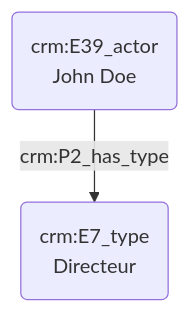
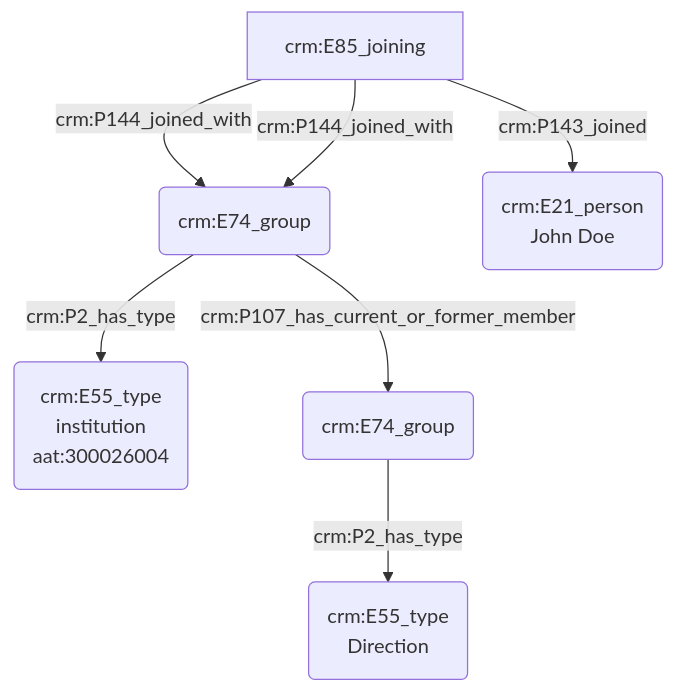
The diagram in modules/livrables/Dossier 2/Indexation conceptuelle/statut et fonction d'une personne réelle.md (Amleth/consortium-musica2-gt2-ontologies), drawn with Mermaid before and after one commit.

Commit message:
Update statut et fonction d'une personne réelle.md

````diff
--- a/modules/livrables/Dossier 2/Indexation conceptuelle/statut et fonction d'une personne réelle.md
+++ b/modules/livrables/Dossier 2/Indexation conceptuelle/statut et fonction d'une personne réelle.md
@@ -11,6 +11,11 @@
 ```mermaid
 graph TD;
 
-B(crm:E39_actor<br>John Doe) -->|crm:P2_has_type| C(crm:E7_type<br>Directeur)
+M(crm:E74_group) -->|crm:P2_has_type| N(crm:E55_type<br>institution<br>aat:300026004)
+U[crm:E85_joining] --> |crm:P144_joined_with| M(crm:E74_group)
+M(crm:E74_group) --> |crm:P107_has_current_or_former_member| S(crm:E74_group)
+S(crm:E74_group) --> |crm:P2_has_type| T(crm:E55_type<br>Direction)
+U[crm:E85_joining] -->|crm:P143_joined| K(crm:E21_person<br>John Doe)
+U[crm:E85_joining] --> |crm:P144_joined_with| M(crm:E74_group)
 
 ```
````
